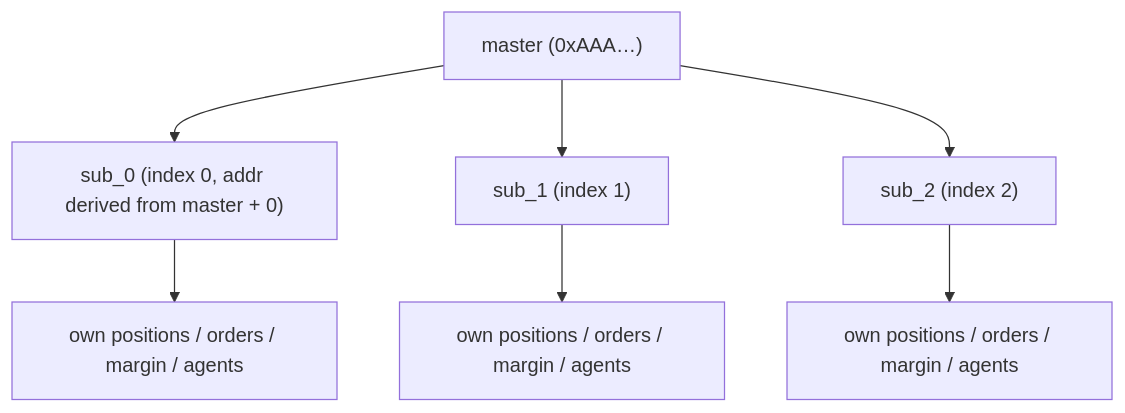
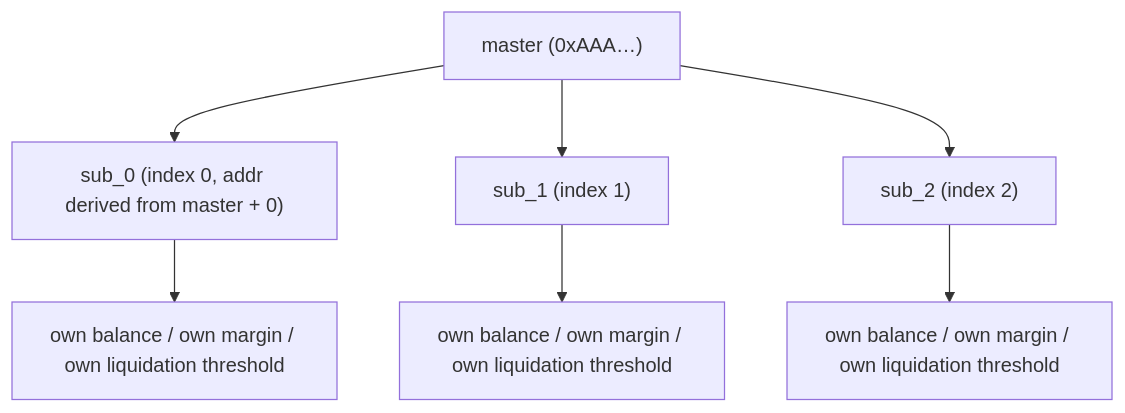
One commit to mtf-exchange/metaflux-knowledges changed the first of 7 diagrams in docs/concepts/sub-accounts.md. Above: the diagram before and after it, drawn with Mermaid. The commit also changed other lines of this file and 14 other files, not shown here.

````diff
--- a/docs/concepts/sub-accounts.md
+++ b/docs/concepts/sub-accounts.md
@@ -34,16 +34,16 @@
 ```mermaid
 flowchart TD
     master["master (0xAAA…)"]
     sub0["sub_0 (index 0, addr derived from master + 0)"]
     sub1["sub_1 (index 1)"]
     sub2["sub_2 (index 2)"]
-    own0["own positions / orders / margin / agents"]
-    own1["own positions / orders / margin / agents"]
-    own2["own positions / orders / margin / agents"]
+    own0["own balance / own margin / own liquidation threshold"]
+    own1["own balance / own margin / own liquidation threshold"]
+    own2["own balance / own margin / own liquidation threshold"]
     master --> sub0
     master --> sub1
     master --> sub2
     sub0 --> own0
     sub1 --> own1
     sub2 --> own2
 ```
````
